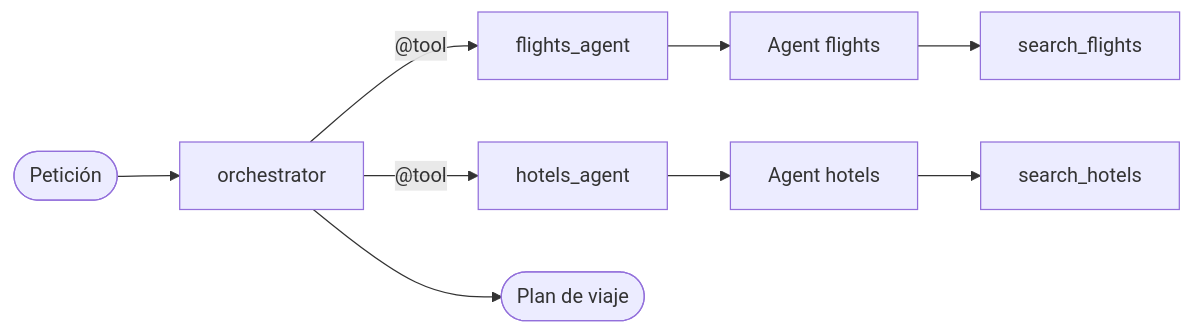
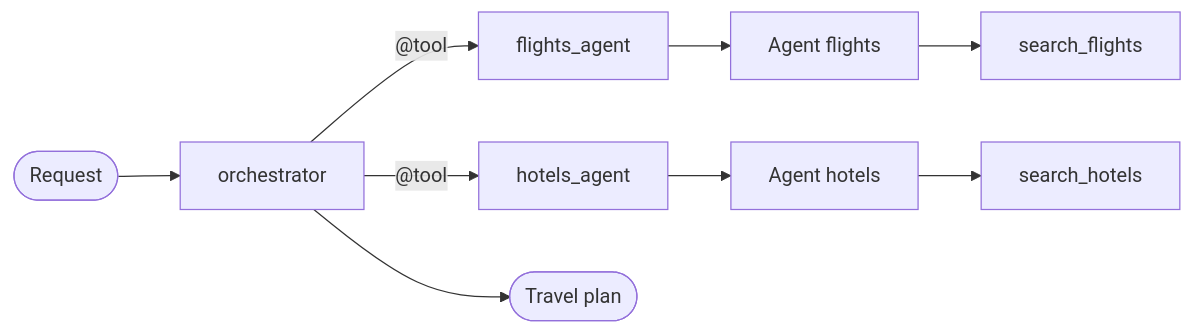
One commit to eider404/agent-architectures changed the diagram in strands-agents/06-agents-as-tools/README.md. Above: the diagram before and after it, drawn with Mermaid. The commit also changed other lines of this file and 13 other files, not shown here.

````diff
--- a/strands-agents/06-agents-as-tools/README.md
+++ b/strands-agents/06-agents-as-tools/README.md
@@ -12,9 +12,9 @@
 ```mermaid
 flowchart LR
-    U(["Petición"]) --> O["orchestrator"]
+    U(["Request"]) --> O["orchestrator"]
     O -->|"@tool"| FA["flights_agent"]
     O -->|"@tool"| HA["hotels_agent"]
     FA --> F["Agent flights"] --> SF["search_flights"]
     HA --> H["Agent hotels"] --> SH["search_hotels"]
-    O --> R(["Plan de viaje"])
+    O --> R(["Travel plan"])
 ```
````
